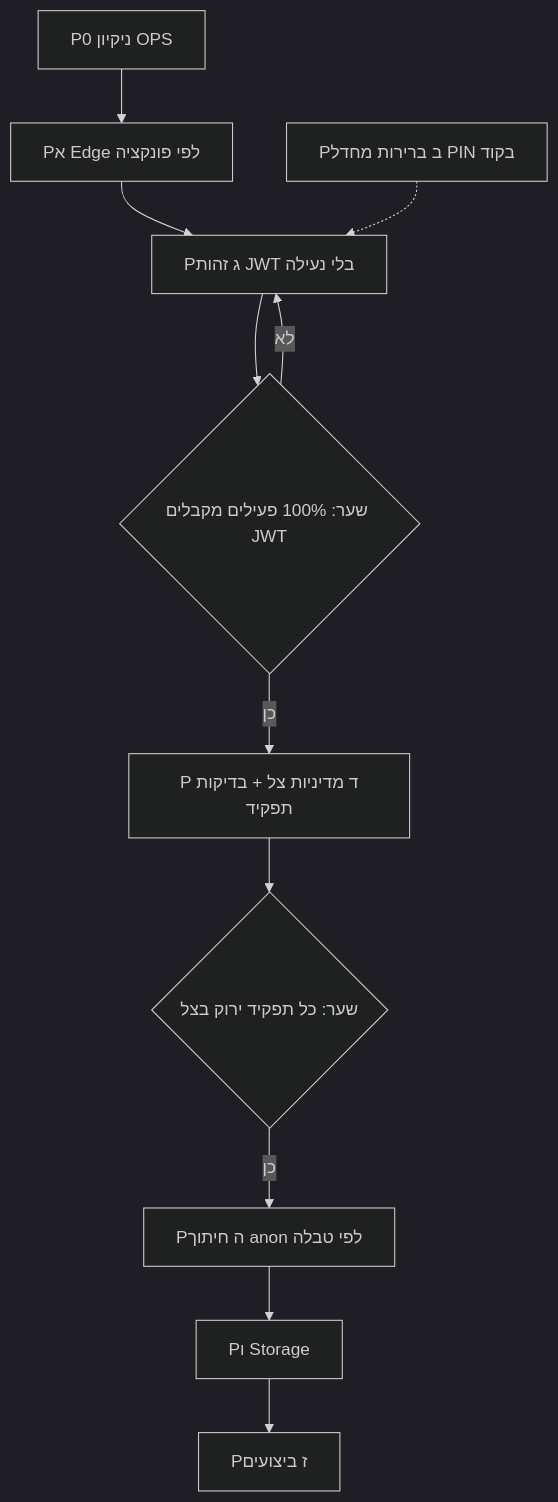
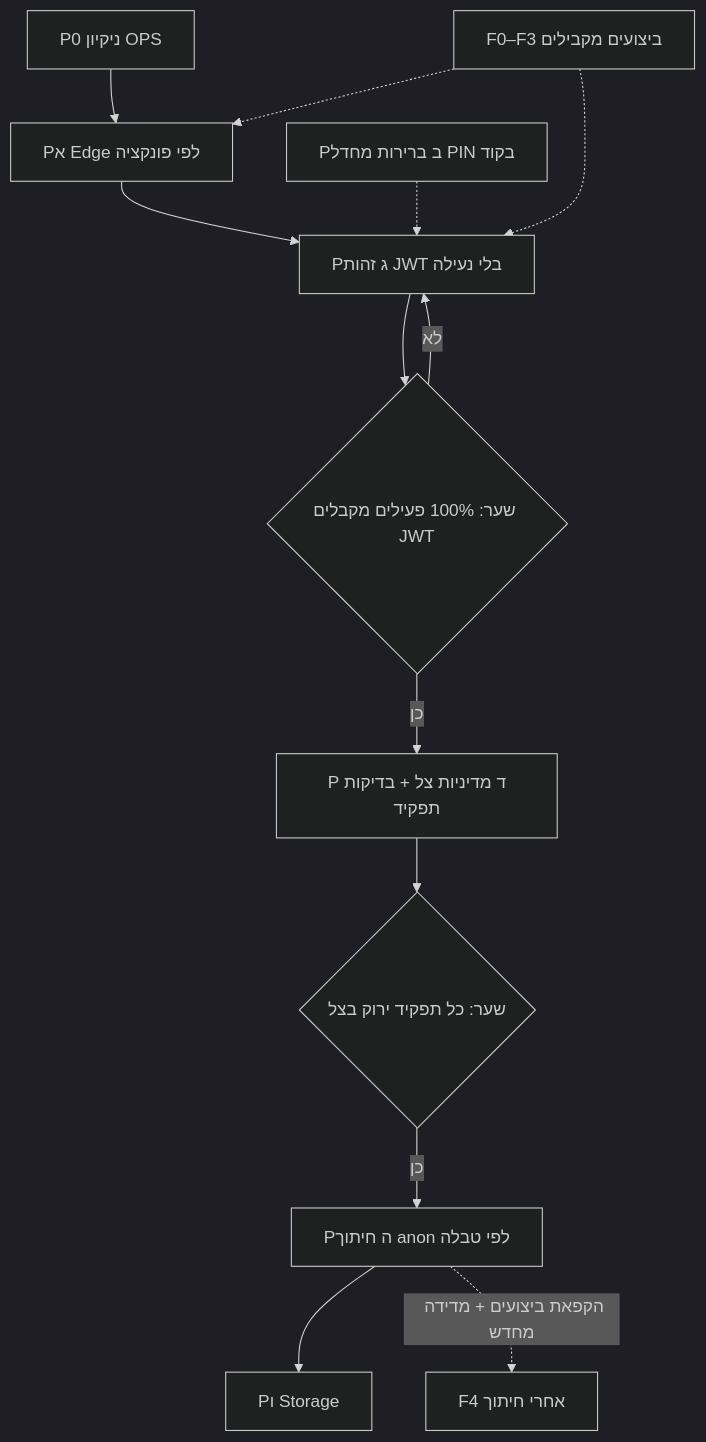
Before and after one commit to gemelinvest/gemel-invest: the second of 2 diagrams in docs/CRM_SECURITY_PROGRAM.md, drawn with Mermaid (dark theme). The commit also changed other lines of this file and 3 other files, not shown here.

````diff
--- a/docs/CRM_SECURITY_PROGRAM.md
+++ b/docs/CRM_SECURITY_PROGRAM.md
@@ -169,13 +170,15 @@
 ```mermaid
 flowchart TD
   P0[P0 ניקיון OPS] --> PA[Pא Edge לפי פונקציה]
   PA --> PC[Pג זהות JWT בלי נעילה]
   PB[Pב ברירות מחדל PIN בקוד] -.-> PC
   PC --> GateC{שער: 100% פעילים מקבלים JWT}
   GateC -->|כן| PD[Pד מדיניות צל + בדיקות תפקיד]
   GateC -->|לא| PC
   PD --> GateD{שער: כל תפקיד ירוק בצל}
   GateD -->|כן| PE[Pה חיתוך anon לפי טבלה]
   PE --> PF[Pו Storage]
-  PF --> PG[Pז ביצועים]
+  F0[F0–F3 ביצועים מקבילים] -.-> PA
+  F0 -.-> PC
+  PE -.->|הקפאת ביצועים + מדידה מחדש| F4[F4 אחרי חיתוך]
 ```
````
